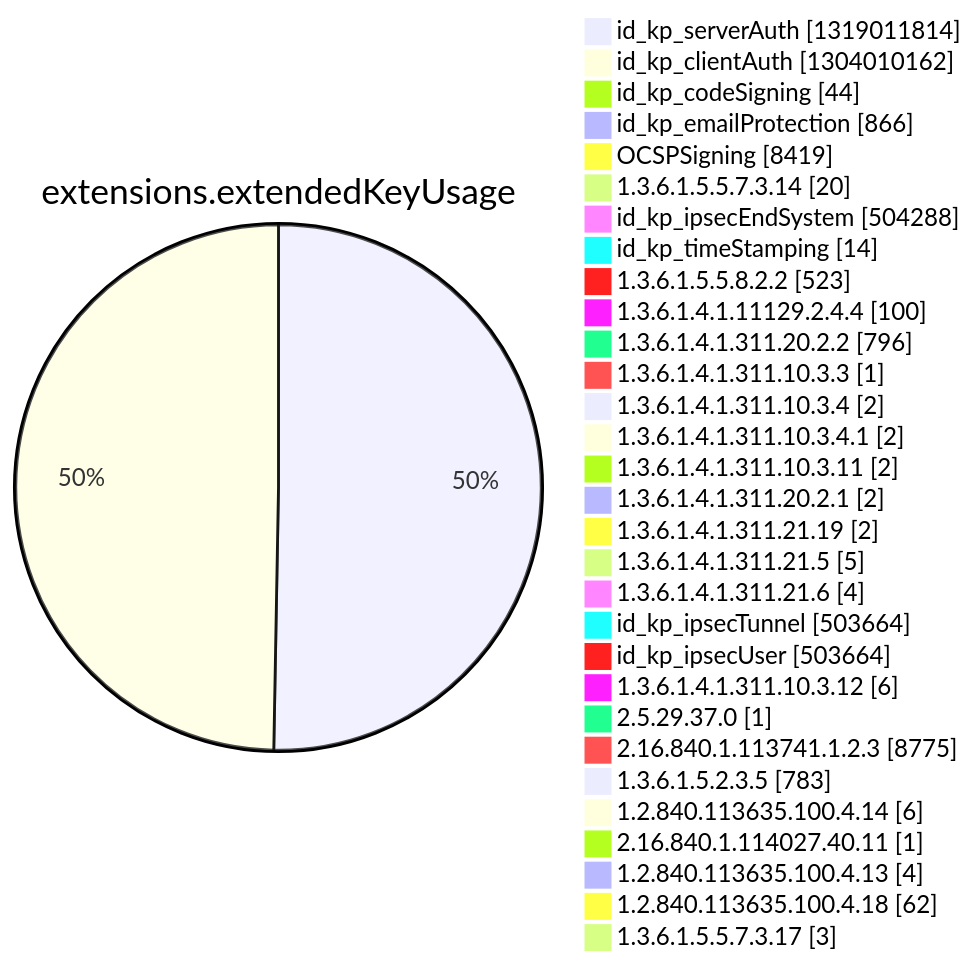
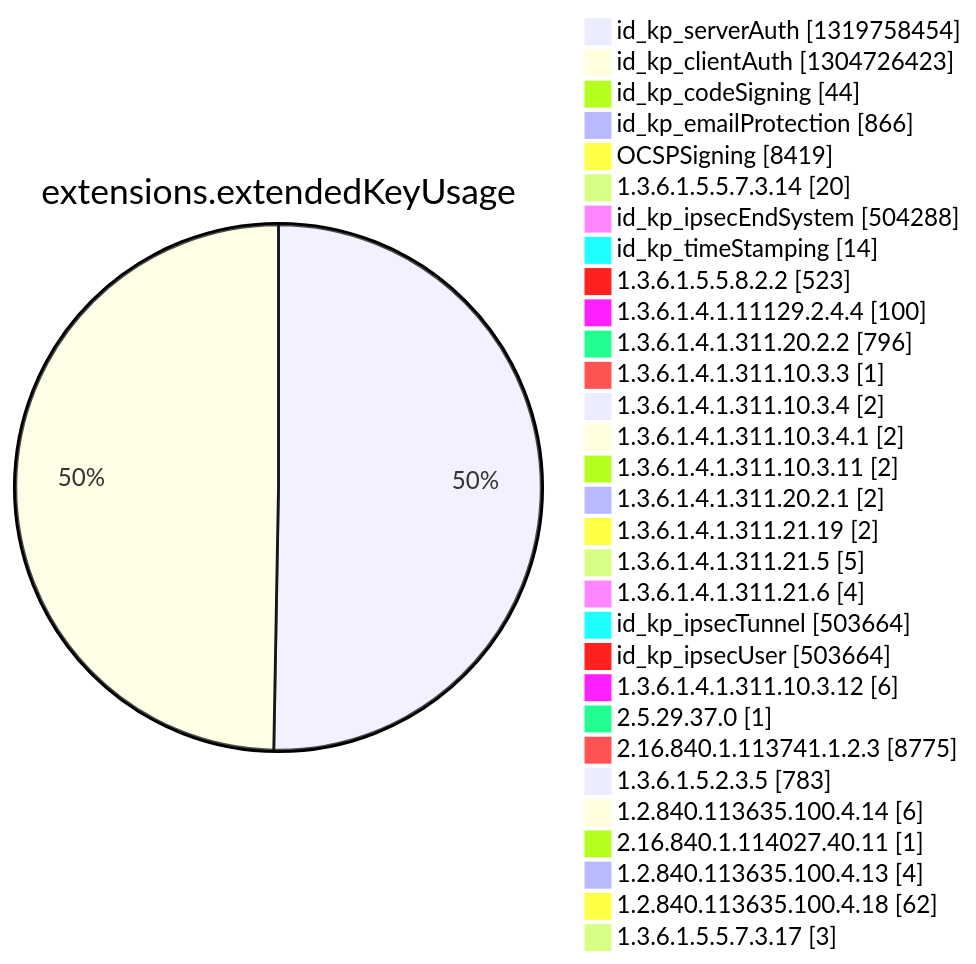
Diagram 12 of 15 in argon2022/README.md (christiankrug/ctmonitor_visualization), drawn with Mermaid before and after one commit. The commit also changed other lines of this file, not shown here.

````diff
--- a/argon2022/README.md
+++ b/argon2022/README.md
@@ -3552,34 +3552,34 @@
 ```mermaid
 pie showData
 title extensions.extendedKeyUsage
-"id_kp_serverAuth" :1319011814
-"id_kp_clientAuth" :1304010162
+"id_kp_serverAuth" :1319758454
+"id_kp_clientAuth" :1304726423
 "id_kp_codeSigning" :44
 "id_kp_emailProtection" :866
 "OCSPSigning" :8419
 "1.3.6.1.5.5.7.3.14" :20
 "id_kp_ipsecEndSystem" :504288
 "id_kp_timeStamping" :14
 "1.3.6.1.5.5.8.2.2" :523
 "1.3.6.1.4.1.11129.2.4.4" :100
 "1.3.6.1.4.1.311.20.2.2" :796
 "1.3.6.1.4.1.311.10.3.3" :1
 "1.3.6.1.4.1.311.10.3.4" :2
 "1.3.6.1.4.1.311.10.3.4.1" :2
 "1.3.6.1.4.1.311.10.3.11" :2
 "1.3.6.1.4.1.311.20.2.1" :2
 "1.3.6.1.4.1.311.21.19" :2
 "1.3.6.1.4.1.311.21.5" :5
 "1.3.6.1.4.1.311.21.6" :4
 "id_kp_ipsecTunnel" :503664
 "id_kp_ipsecUser" :503664
 "1.3.6.1.4.1.311.10.3.12" :6
 "2.5.29.37.0" :1
 "2.16.840.1.113741.1.2.3" :8775
 "1.3.6.1.5.2.3.5" :783
 "1.2.840.113635.100.4.14" :6
 "2.16.840.1.114027.40.11" :1
 "1.2.840.113635.100.4.13" :4
 "1.2.840.113635.100.4.18" :62
 "1.3.6.1.5.5.7.3.17" :3
 ```
````
